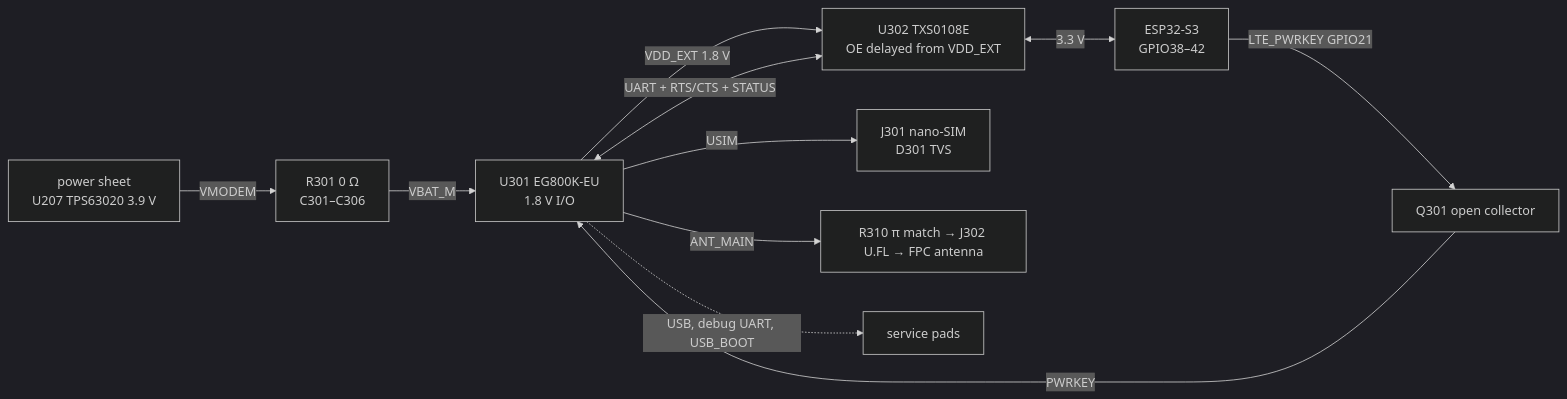
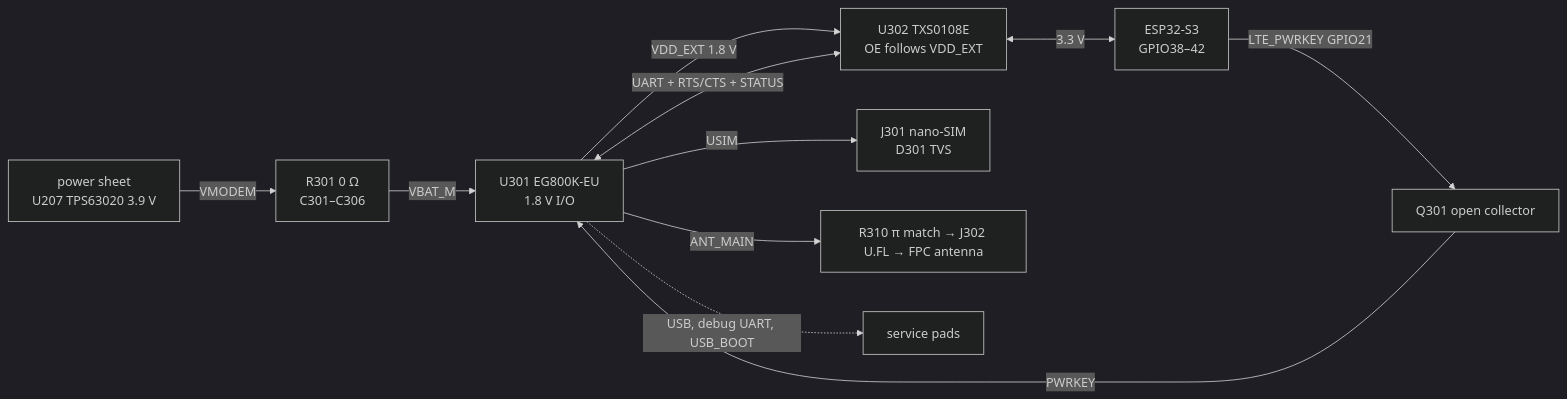
One commit to armsto88/Auris changed the diagram in hardware/lte/README.md. Above: the diagram before and after it, drawn with Mermaid (dark theme). The commit also changed other lines of this file and 79 other files, not shown here.

````diff
--- a/hardware/lte/README.md
+++ b/hardware/lte/README.md
@@ -23,11 +23,11 @@
 ```mermaid
 flowchart LR
   PWR[power sheet<br/>U207 TPS63020 3.9 V] -- VMODEM --> R301[R301 0 Ω<br/>C301–C306] -- VBAT_M --> MOD[U301 EG800K-EU<br/>1.8 V I/O]
-  MOD -- VDD_EXT 1.8 V --> LS[U302 TXS0108E<br/>OE delayed from VDD_EXT]
+  MOD -- VDD_EXT 1.8 V --> LS[U302 TXS0108E<br/>OE follows VDD_EXT]
   MOD <-- UART + RTS/CTS + STATUS --> LS
   LS <-- 3.3 V --> MCU[ESP32-S3<br/>GPIO38–42]
   MCU -- LTE_PWRKEY GPIO21 --> Q301[Q301 open collector] -- PWRKEY --> MOD
   MOD -- USIM --> SIM[J301 nano-SIM<br/>D301 TVS]
   MOD -- ANT_MAIN --> ANT[R310 π match → J302 U.FL → FPC antenna]
   MOD -. USB, debug UART, USB_BOOT .-> TP[service pads]
 ```
````
